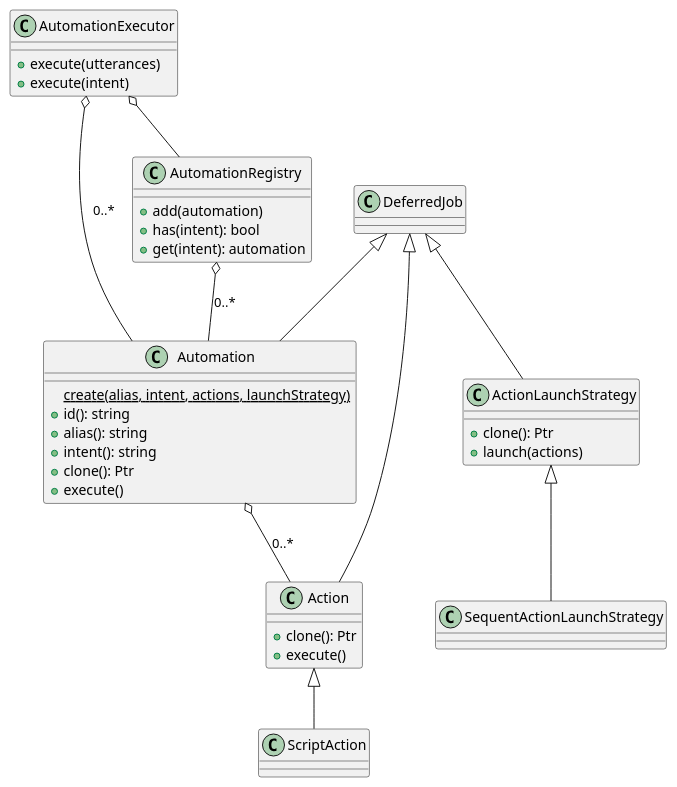
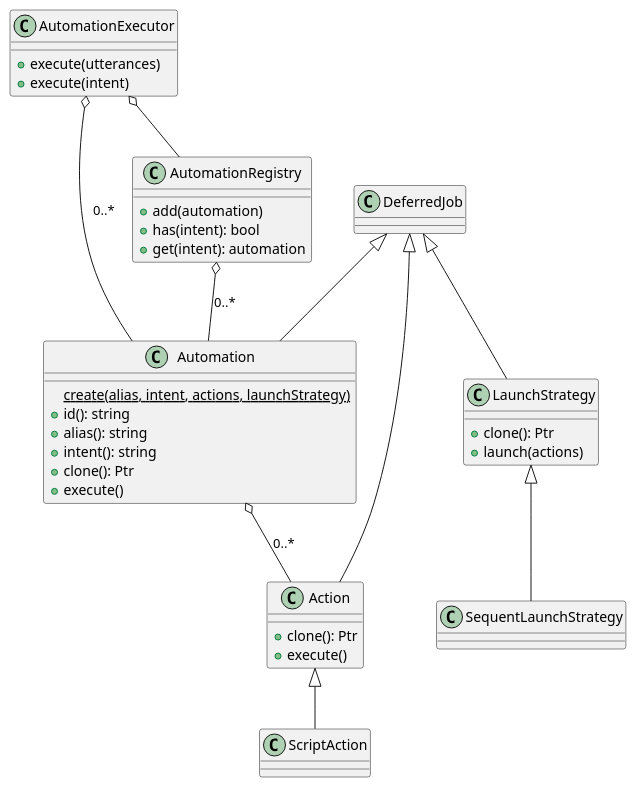
Before and after one commit to denoming/rintento: the fourth of 10 diagrams in src/intent/doc/intent.md, drawn with PlantUML. The commit also changed other lines of this file and 8 other files, not shown here.

Commit message:
rename launch strategy

````diff
--- a/src/intent/doc/intent.md
+++ b/src/intent/doc/intent.md
@@ -147,47 +147,47 @@
 ```plantuml
 @startuml
 
 class Action {
     +clone(): Ptr
     +execute()
 }
 
 class Automation {
     {static} create(alias, intent, actions, launchStrategy)
     +id(): string
     +alias(): string
     +intent(): string
     +clone(): Ptr
     +execute()
 }
 
-class ActionLaunchStrategy {
+class LaunchStrategy {
     +clone(): Ptr
     +launch(actions)
 }
 
 class AutomationRegistry {
     +add(automation)
     +has(intent): bool
     +get(intent): automation
 }
 
 class AutomationExecutor {
     +execute(utterances)
     +execute(intent)
 }
 
 DeferredJob <|-- Automation 
 DeferredJob <|-- Action 
-DeferredJob <|-- ActionLaunchStrategy
+DeferredJob <|-- LaunchStrategy
 
 Action <|-- ScriptAction
-ActionLaunchStrategy <|-- SequentActionLaunchStrategy
+LaunchStrategy <|-- SequentLaunchStrategy
 
 Automation o-- Action : 0..*
 AutomationRegistry o-- Automation : 0..*
 AutomationExecutor o-- AutomationRegistry
 AutomationExecutor o-- Automation : 0..*
 
 @enduml
 ```
````
